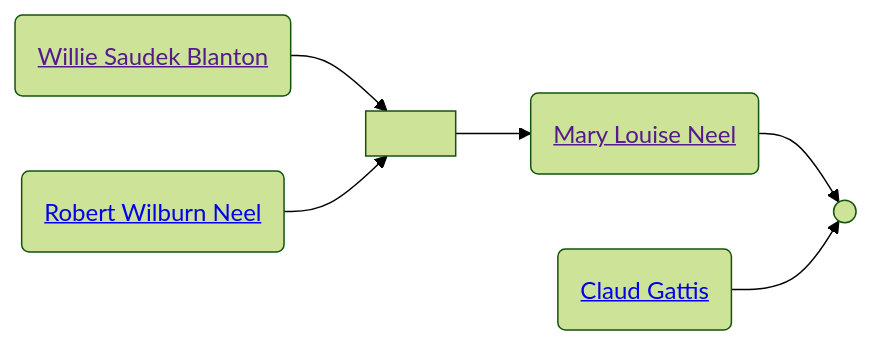
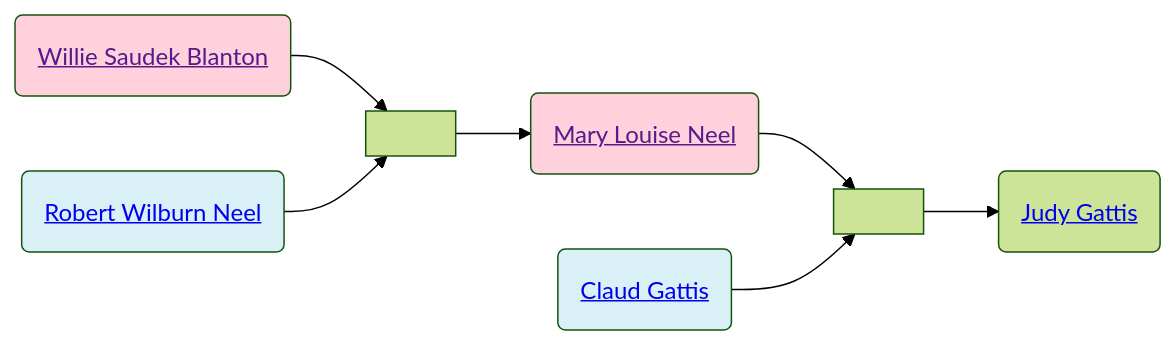
Before and after one commit to neelsmith/avocational: the second of 2 diagrams in familyhistory/sources/people/Neel-line/Blanton-line/Willie_Saudek_Blanton.qmd, drawn with Mermaid (forest theme). The commit also changed other lines of this file and 91 other files, not shown here.

Commit message:
Rebuild descendant diagrams

````diff
--- a/familyhistory/sources/people/Neel-line/Blanton-line/Willie_Saudek_Blanton.qmd
+++ b/familyhistory/sources/people/Neel-line/Blanton-line/Willie_Saudek_Blanton.qmd
@@ -46,14 +47,20 @@
 ```{mermaid}
 graph LR
+%% LR descendant diagram
 class Willie_Saudek_Blanton_and_Robert_Wilburn_Neel marriage
 Willie_Saudek_Blanton(<a href=''>Willie Saudek Blanton</>) --> Willie_Saudek_Blanton_and_Robert_Wilburn_Neel[ ]
 Robert_Wilburn_Neel(<a href='./../Robert_Wilburn_Neel.html'>Robert Wilburn Neel</>) --> Willie_Saudek_Blanton_and_Robert_Wilburn_Neel(( ))
+class Robert_Wilburn_Neel father
+class Willie_Saudek_Blanton mother
 Willie_Saudek_Blanton_and_Robert_Wilburn_Neel[ ] --> Mary_Louise_Neel(<a href='./../Mary_Louise_Neel.html'>Mary Louise Neel</>)
 class Mary_Louise_Neel_and_Claud_Gattis marriage
 Mary_Louise_Neel(<a href=''>Mary Louise Neel</>) --> Mary_Louise_Neel_and_Claud_Gattis[ ]
 Claud_Gattis(<a href='./../Gattis-line/Claud_Gattis.html'>Claud Gattis</>) --> Mary_Louise_Neel_and_Claud_Gattis(( ))
+class Claud_Gattis father
+class Mary_Louise_Neel mother
+Mary_Louise_Neel_and_Claud_Gattis[ ] --> Judy_Gattis(<a href='./../Gattis-line/Judy_Gattis.html'>Judy Gattis</>)
 classDef mother fill:#ffd1dc
 classDef father fill:#daf0f7  
 classDef marriage fill:#ffffff
 
 ```
````
